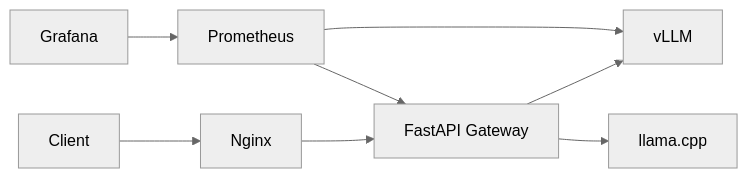
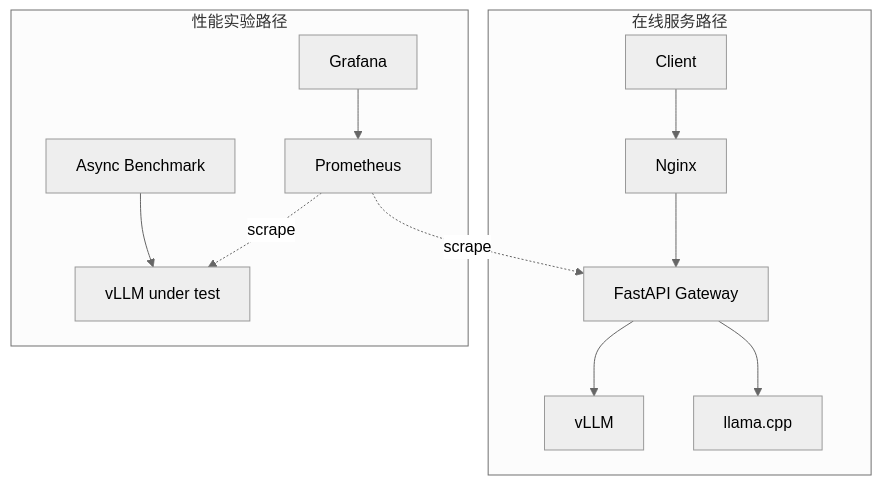
Before and after one commit to ToNoName/llm-serving-performance-lab: the first of 2 diagrams in README.md, drawn with Mermaid (neutral theme). The commit also changed other lines of this file and 2 other files, not shown here.

Commit message:
docs: clarify gateway and benchmark roles

````diff
--- a/README.md
+++ b/README.md
@@ -18,10 +17,17 @@
 ```mermaid
-flowchart LR
-    C[Client] --> N[Nginx]
-    N --> G[FastAPI Gateway]
-    G --> V[vLLM]
-    G --> L[llama.cpp]
-    P[Prometheus] --> G
-    P --> V
-    D[Grafana] --> P
+flowchart TB
+    subgraph ONLINE[在线服务路径]
+        C[Client] --> N[Nginx]
+        N --> G[FastAPI Gateway]
+        G --> VS[vLLM]
+        G --> L[llama.cpp]
+    end
+
+    subgraph LAB[性能实验路径]
+        B[Async Benchmark] --> VE[vLLM under test]
+        P[Prometheus] -. scrape .-> VE
+        D[Grafana] --> P
+    end
+
+    P -. scrape .-> G
 ```
````
